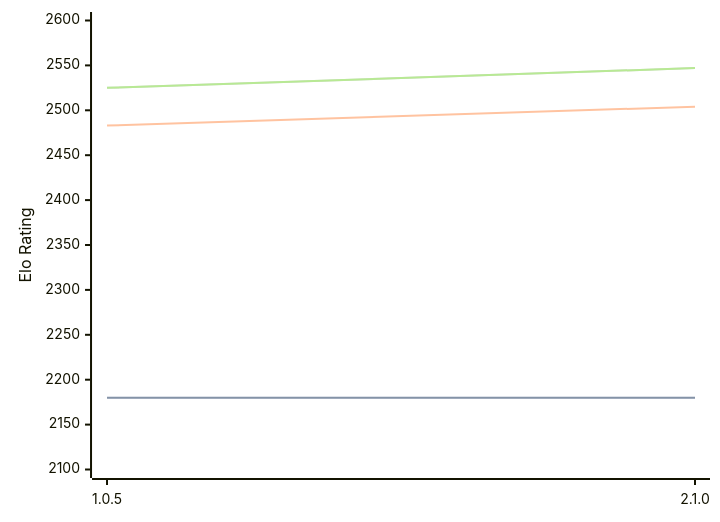
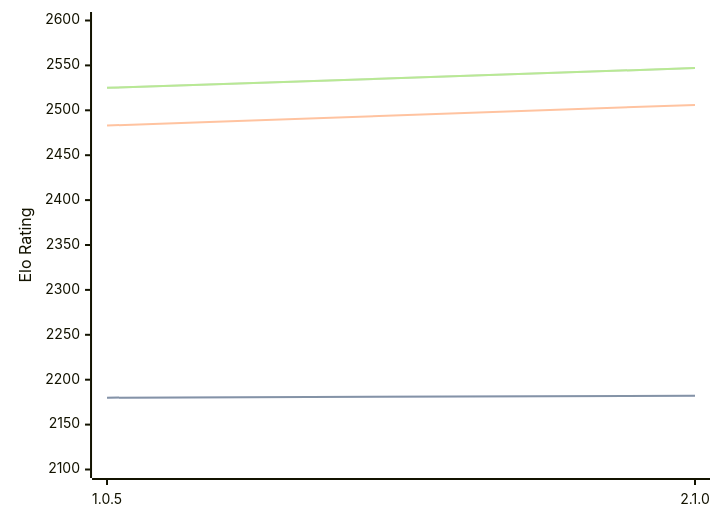
The diagram in engines/Ruffian.md (computer-chess-index/cci), drawn with Mermaid before and after one commit. The commit also changed other lines of this file, not shown here.

Commit message:
Update CCI Ratings (ELO VLTC) - 2026-04-19

````diff
--- a/engines/Ruffian.md
+++ b/engines/Ruffian.md
@@ -32,11 +32,11 @@
 ```mermaid
 %%{init: {"theme":"base","themeVariables":{"seriesColors:['#a3a3a3','#222221','#faa371']}}}%%
 xychart-beta
   x-axis ["1.0.5", "2.1.0"]
   y-axis "Elo Rating" 2100 --> 2600
-  line "STC (8.0+0.08s)" [2180, 2180]
-  line "STC (8.0+0.08s)" [2180, 2180]
-  line "LTC (60.0+0.60s)" [2483, 2504]
+  line "STC (8.0+0.08s)" [2180, 2182]
+  line "STC (8.0+0.08s)" [2180, 2182]
+  line "LTC (60.0+0.60s)" [2483, 2506]
   line "VLTC (2m24s+1.12s)" [2525, 2547]
   line "VLTC (2m24s+1.12s)" [2525, 2547]
 ```
````
